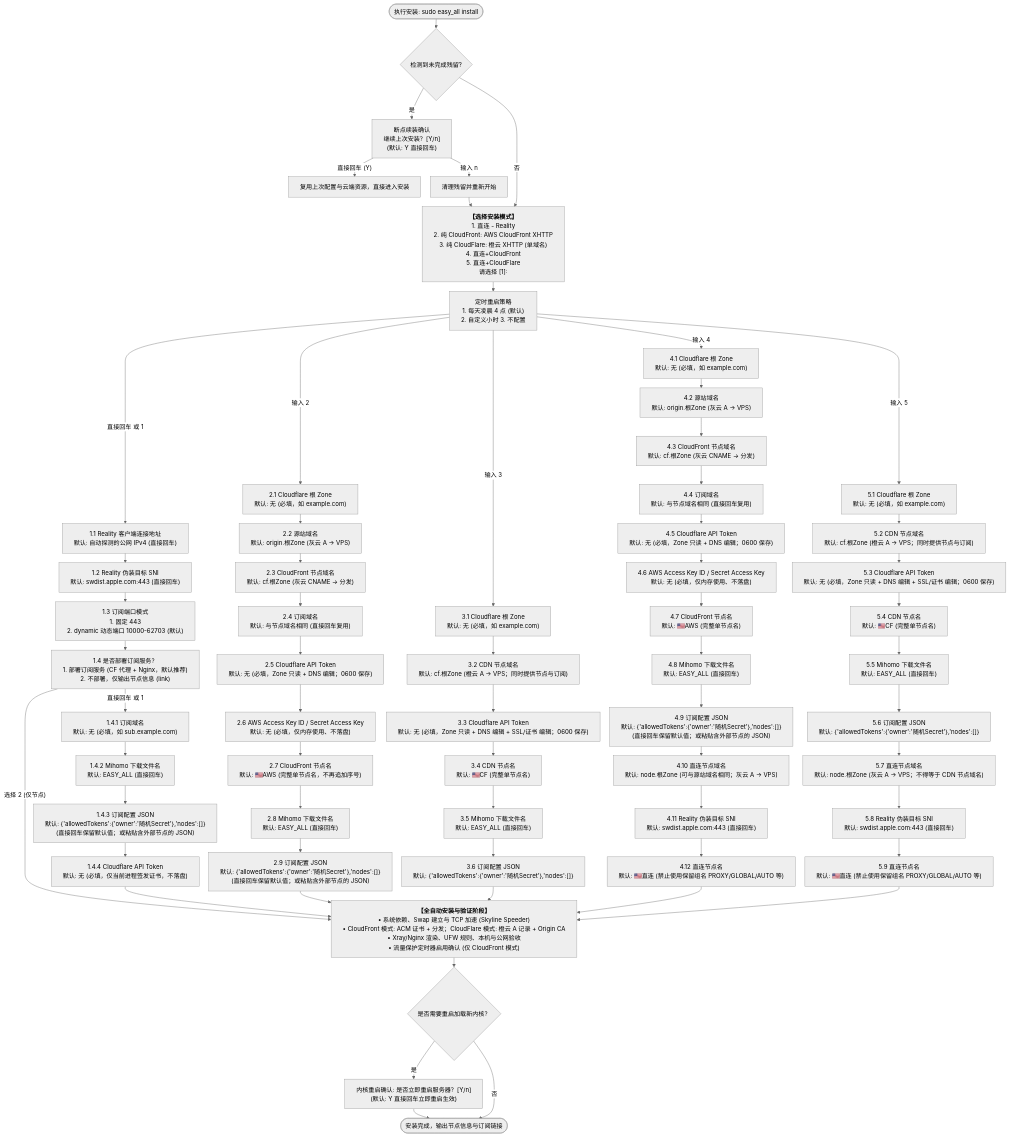
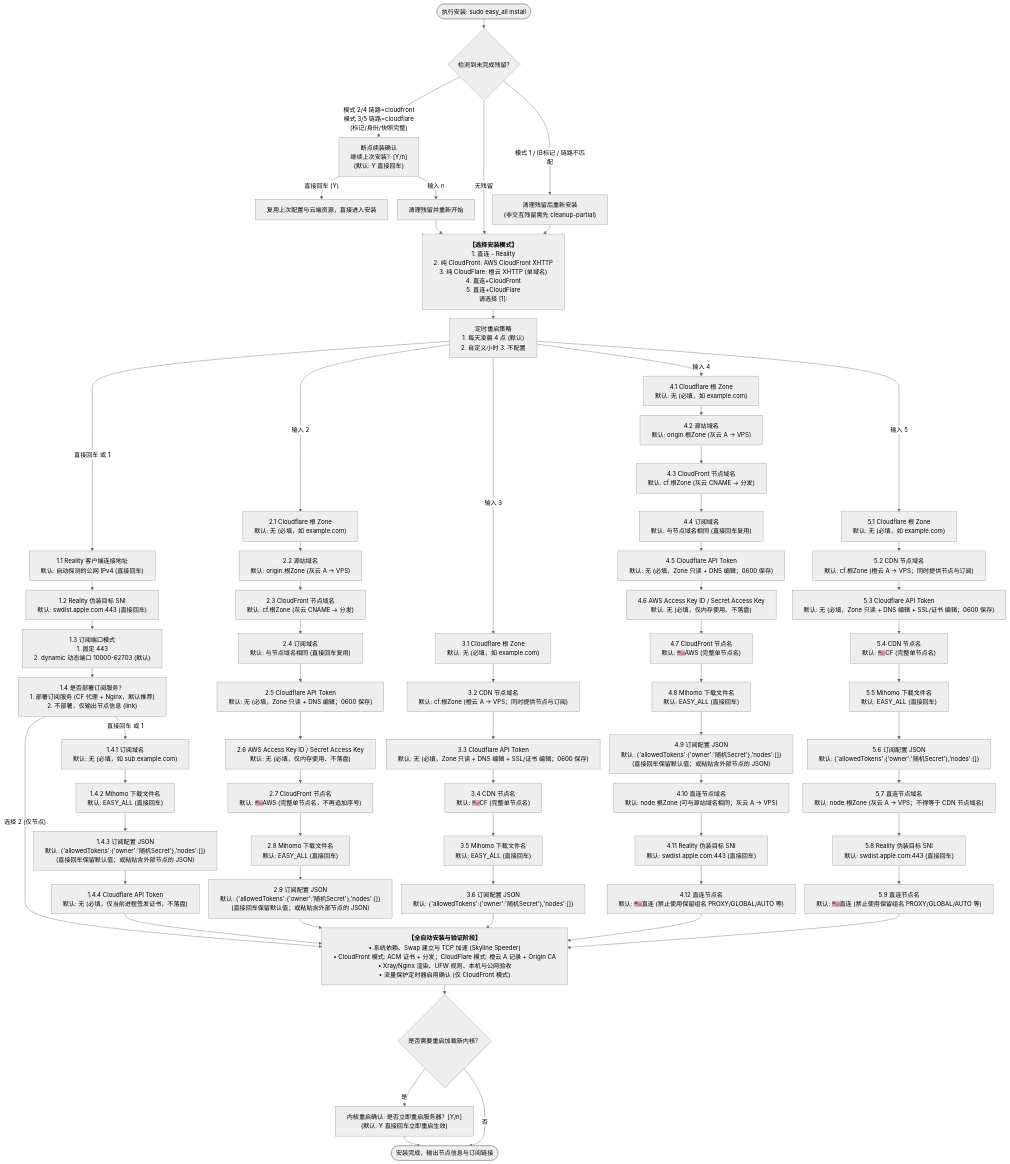
The diagram in README.md (v2yiz/easy_all), drawn with Mermaid (neutral theme) before and after one commit. The commit also changed other lines of this file and 25 other files, not shown here.

```diff
--- a/README.md
+++ b/README.md
@@ -124,8 +124,10 @@
 flowchart TD
     Start(["执行安装: sudo easy_all install"]) --> CheckResume{"检测到未完成残留?"}
 
-    CheckResume -- 是 --> PromptResume["断点续装确认<br/>继续上次安装？[Y/n]<br/>(默认: Y 直接回车)"]
-    CheckResume -- 否 --> ChooseMode
+    CheckResume -- "模式 2/4 链路=cloudfront<br/>模式 3/5 链路=cloudflare<br/>(标记/身份/快照完整)" --> PromptResume["断点续装确认<br/>继续上次安装？[Y/n]<br/>(默认: Y 直接回车)"]
+    CheckResume -- "无残留" --> ChooseMode
+    CheckResume -- "模式 1 / 旧标记 / 链路不匹配" --> CleanResidue["清理残留后重新安装<br/>(非交互残留需先 cleanup-partial)"]
+    CleanResidue --> ChooseMode
 
     PromptResume -- "直接回车 (Y)" --> ResumeRun["复用上次配置与云端资源，直接进入安装"]
     PromptResume -- "输入 n" --> CleanRedo["清理残留并重新开始"] --> ChooseMode
```
